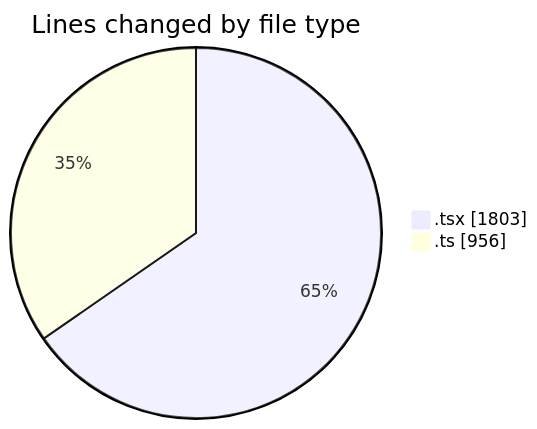
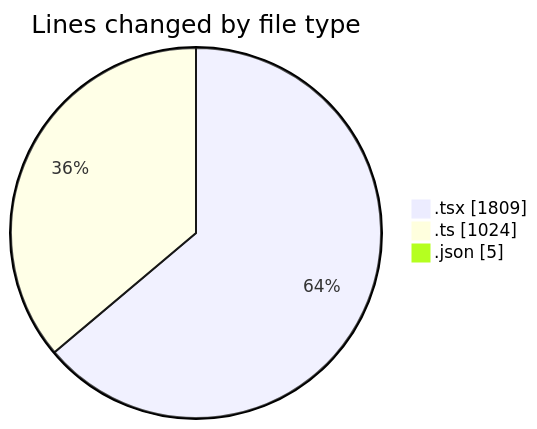
The first of 2 diagrams in 2025-10-15/eventscop-frontend-guide__workspace_/README.md (julien-gomy/code-tracking), drawn with Mermaid before and after one commit. The commit also changed other lines of this file and 1 other file, not shown here.

````diff
--- a/2025-10-15/eventscop-frontend-guide__workspace_/README.md
+++ b/2025-10-15/eventscop-frontend-guide__workspace_/README.md
@@ -34,6 +36,7 @@
 ```mermaid
 pie showData
 title Lines changed by file type
-".tsx" : 1803
-".ts" : 956
+".tsx" : 1809
+".ts" : 1024
+".json" : 5
 ```
````
